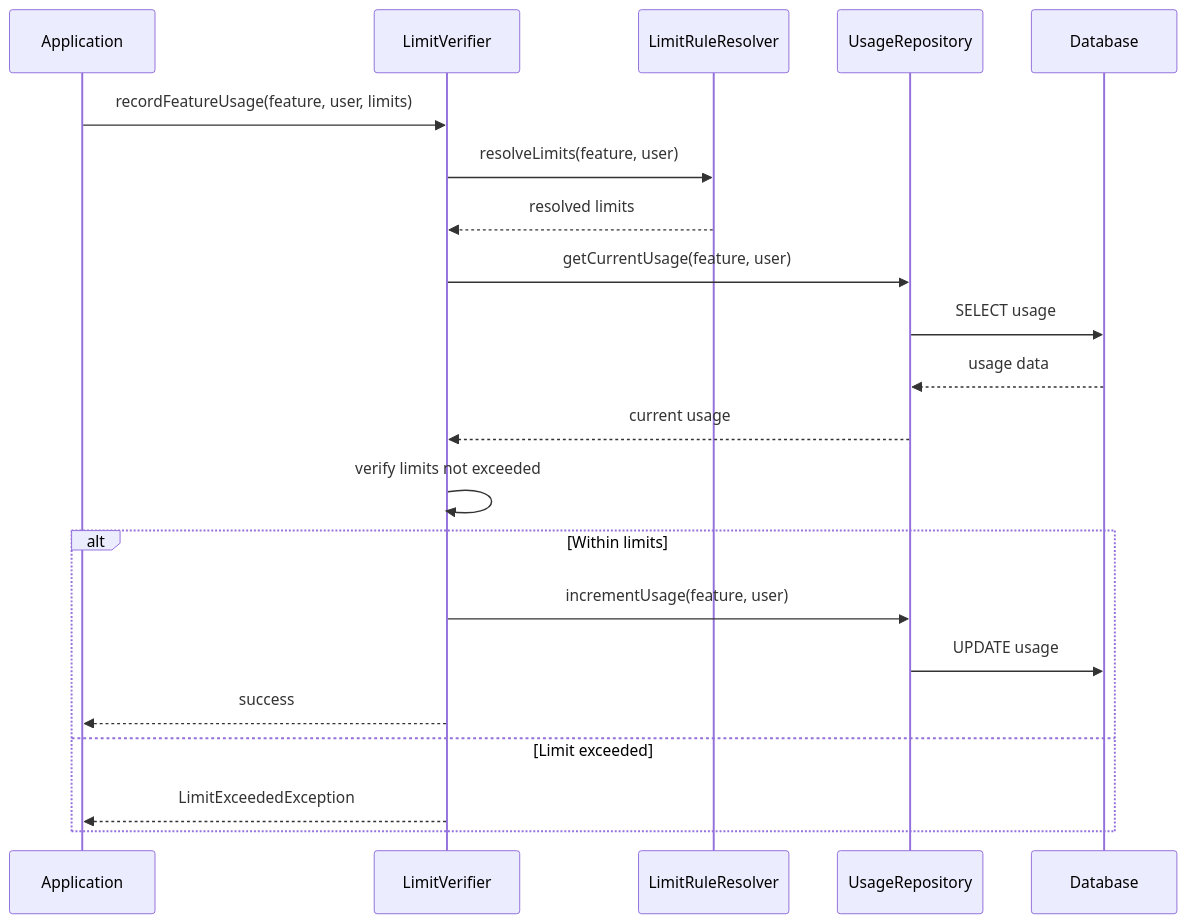
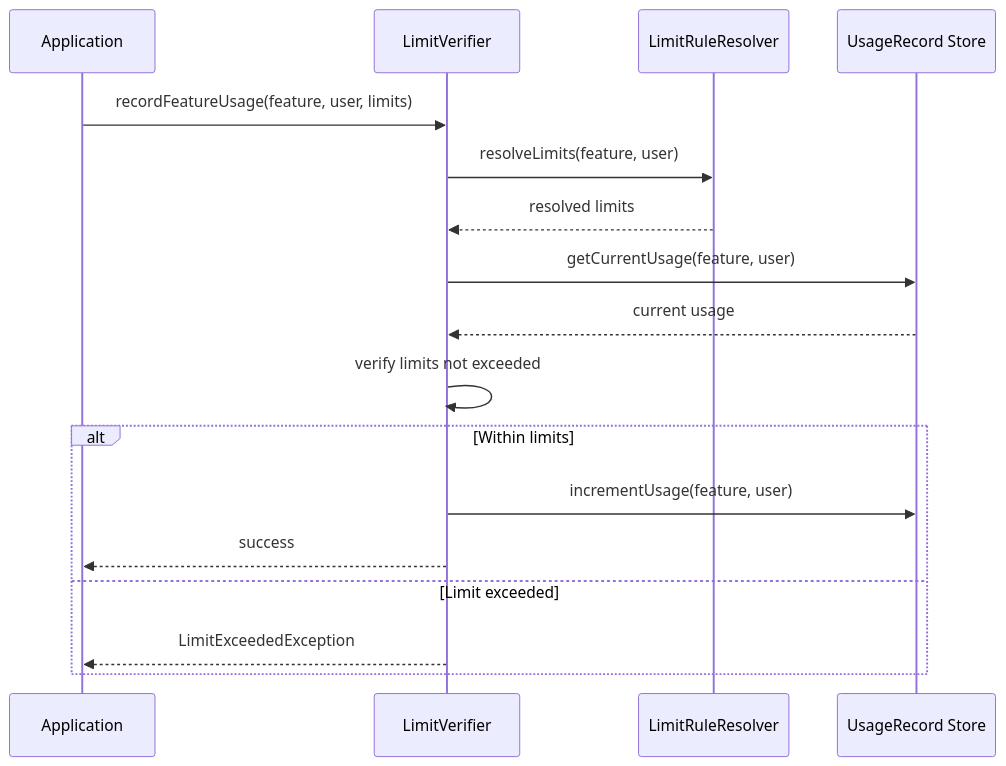
One commit to terpomo-io/pmitz changed the second of 4 diagrams in docs/local-vs-remote-modes.md. Above: the diagram before and after it, drawn with Mermaid. The commit also changed other lines of this file, not shown here.

````diff
--- a/docs/local-vs-remote-modes.md
+++ b/docs/local-vs-remote-modes.md
@@ -40,24 +42,20 @@
 ```mermaid
 sequenceDiagram
     participant App as Application
     participant LV as LimitVerifier
     participant LRR as LimitRuleResolver
-    participant UR as UsageRepository
-    participant DB as Database
+    participant US as UsageRecord Store
 
     App->>LV: recordFeatureUsage(feature, user, limits)
     LV->>LRR: resolveLimits(feature, user)
     LRR-->>LV: resolved limits
-    LV->>UR: getCurrentUsage(feature, user)
-    UR->>DB: SELECT usage
-    DB-->>UR: usage data
-    UR-->>LV: current usage
+    LV->>US: getCurrentUsage(feature, user)
+    US-->>LV: current usage
     LV->>LV: verify limits not exceeded
     alt Within limits
-        LV->>UR: incrementUsage(feature, user)
-        UR->>DB: UPDATE usage
+        LV->>US: incrementUsage(feature, user)
         LV-->>App: success
     else Limit exceeded
         LV-->>App: LimitExceededException
     end
 ```
````
